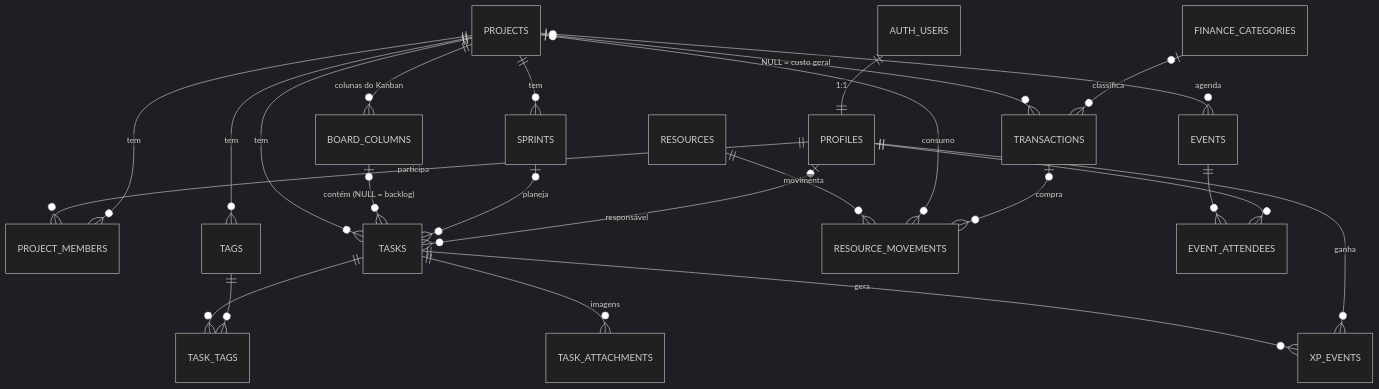
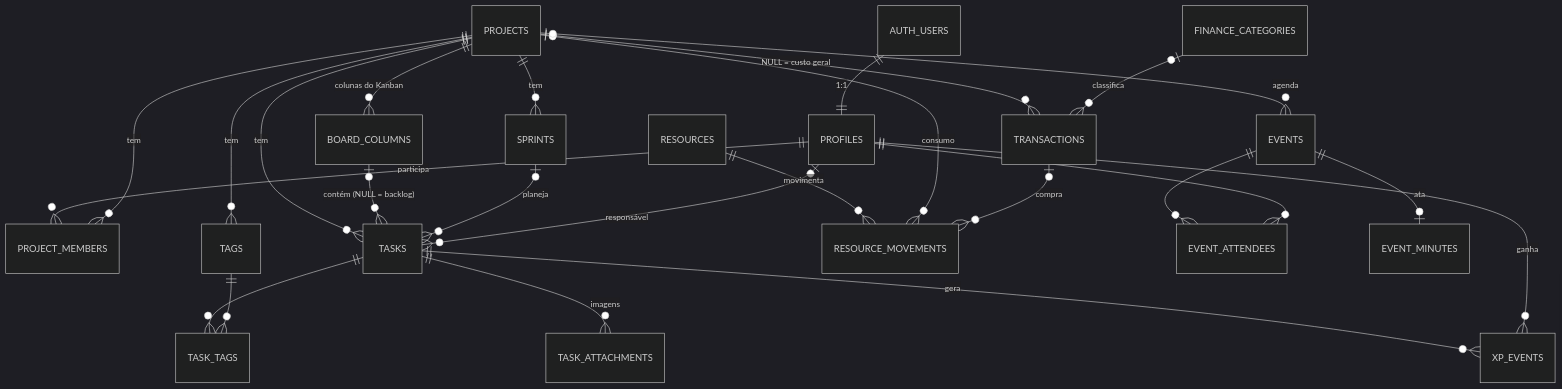
Before and after one commit to MBY-Made-By-You/Gestao: the second of 4 diagrams in docs/ARQUITETURA.md, drawn with Mermaid (dark theme). The commit also changed other lines of this file and 12 other files, not shown here.

````diff
--- a/docs/ARQUITETURA.md
+++ b/docs/ARQUITETURA.md
@@ -62,26 +63,27 @@
 ```mermaid
 erDiagram
   AUTH_USERS ||--|| PROFILES : "1:1"
   PROFILES ||--o{ PROJECT_MEMBERS : participa
   PROJECTS ||--o{ PROJECT_MEMBERS : tem
   PROJECTS ||--o{ BOARD_COLUMNS : "colunas do Kanban"
   PROJECTS ||--o{ SPRINTS : tem
   PROJECTS ||--o{ TASKS : tem
   PROJECTS ||--o{ TAGS : tem
   BOARD_COLUMNS |o--o{ TASKS : "contém (NULL = backlog)"
   SPRINTS |o--o{ TASKS : planeja
   PROFILES |o--o{ TASKS : "responsável"
   TASKS ||--o{ TASK_TAGS : ""
   TAGS ||--o{ TASK_TAGS : ""
   TASKS ||--o{ TASK_ATTACHMENTS : "imagens"
   TASKS ||--o{ XP_EVENTS : gera
   PROFILES ||--o{ XP_EVENTS : ganha
   PROJECTS |o--o{ TRANSACTIONS : "NULL = custo geral"
   FINANCE_CATEGORIES |o--o{ TRANSACTIONS : classifica
   RESOURCES ||--o{ RESOURCE_MOVEMENTS : movimenta
   PROJECTS |o--o{ RESOURCE_MOVEMENTS : "consumo"
   TRANSACTIONS |o--o{ RESOURCE_MOVEMENTS : "compra"
   PROJECTS |o--o{ EVENTS : agenda
   EVENTS ||--o{ EVENT_ATTENDEES : ""
   PROFILES ||--o{ EVENT_ATTENDEES : ""
+  EVENTS ||--o| EVENT_MINUTES : ata
 ```
````
